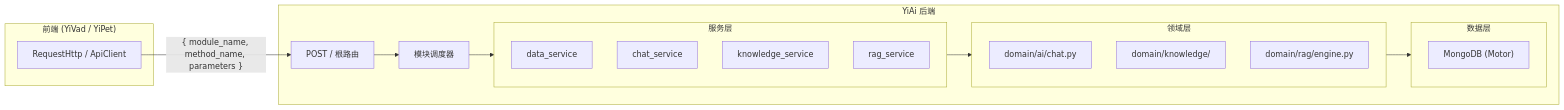
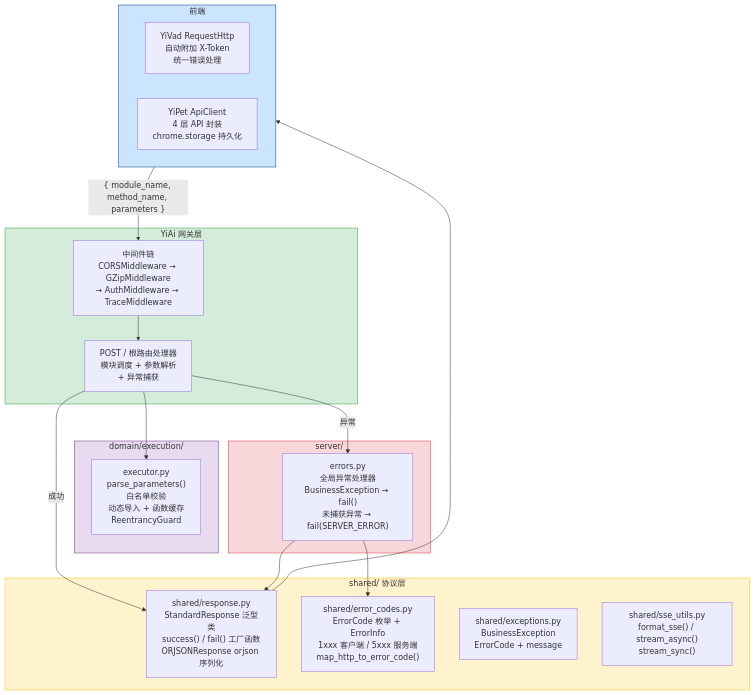
One commit to effiy/YrY changed the first of 4 diagrams in YiKnowledge/projects/yiai/devs/2026-07/03-prd-task-RPC信封协议.md. Above: the diagram before and after it, drawn with Mermaid. The commit also changed other lines of this file and 4958 other files, not shown here.

````diff
--- a/YiKnowledge/projects/yiai/devs/2026-07/03-prd-task-RPC信封协议.md
+++ b/YiKnowledge/projects/yiai/devs/2026-07/03-prd-task-RPC信封协议.md
@@ -35,29 +38,42 @@
 ```mermaid
-flowchart LR
-  subgraph FE["前端 (YiVad / YiPet)"]
-    HTTP["RequestHttp / ApiClient"]
+flowchart TB
+  subgraph FRONTEND["前端"]
+    VAD["YiVad RequestHttp<br/>自动附加 X-Token<br/>统一错误处理"]
+    PET["YiPet ApiClient<br/>4 层 API 封装<br/>chrome.storage 持久化"]
   end
-  subgraph BE["YiAi 后端"]
-    ROOT["POST / 根路由"]
-    DISPATCH["模块调度器"]
-    subgraph SVC["服务层"]
-      DS["data_service"]
-      CS["chat_service"]
-      KS["knowledge_service"]
-      RS["rag_service"]
-    end
-    subgraph DOMAIN["领域层"]
-      AI["domain/ai/chat.py"]
-      KB["domain/knowledge/"]
-      RAG["domain/rag/engine.py"]
-    end
-    subgraph DATA["数据层"]
-      DB["MongoDB (Motor)"]
-    end
+
+  subgraph GATEWAY["YiAi 网关层"]
+    MW["中间件链<br/>CORSMiddleware → GZipMiddleware<br/>→ AuthMiddleware → TraceMiddleware"]
+    ROOT["POST / 根路由处理器<br/>模块调度 + 参数解析<br/>+ 异常捕获"]
   end
-  HTTP -->|"{ module_name, method_name, parameters }"| ROOT
-  ROOT --> DISPATCH
-  DISPATCH --> SVC
-  SVC --> DOMAIN
-  DOMAIN --> DATA
+
+  subgraph SHARED["shared/ 协议层"]
+    RSP["shared/response.py<br/>StandardResponse 泛型类<br/>success() / fail() 工厂函数<br/>ORJSONResponse orjson 序列化"]
+    ERR["shared/error_codes.py<br/>ErrorCode 枚举 + ErrorInfo<br/>1xxx 客户端 / 5xxx 服务端<br/>map_http_to_error_code()"]
+    EXC["shared/exceptions.py<br/>BusinessException<br/>ErrorCode + message"]
+    SSE["shared/sse_utils.py<br/>format_sse() / stream_async()<br/>stream_sync()"]
+  end
+
+  subgraph EXEC["domain/execution/"]
+    EXECUTOR["executor.py<br/>parse_parameters()<br/>白名单校验<br/>动态导入 + 函数缓存<br/>ReentrancyGuard"]
+  end
+
+  subgraph ERRORS["server/"]
+    ERR_HANDLER["errors.py<br/>全局异常处理器<br/>BusinessException → fail()<br/>未捕获异常 → fail(SERVER_ERROR)"]
+  end
+
+  FRONTEND -->|"{ module_name, method_name, parameters }"| MW
+  MW --> ROOT
+  ROOT --> EXECUTOR
+  ROOT -->|"成功"| RSP
+  ROOT -->|"异常"| ERR_HANDLER
+  ERR_HANDLER --> ERR
+  ERR_HANDLER --> RSP
+  RSP --> FRONTEND
+
+  style FRONTEND fill:#cce5ff,stroke:#004085
+  style GATEWAY fill:#d4edda,stroke:#28a745
+  style SHARED fill:#fff3cd,stroke:#ffc107
+  style EXEC fill:#e8daef,stroke:#6c3483
+  style ERRORS fill:#f8d7da,stroke:#dc3545
 ```
````
